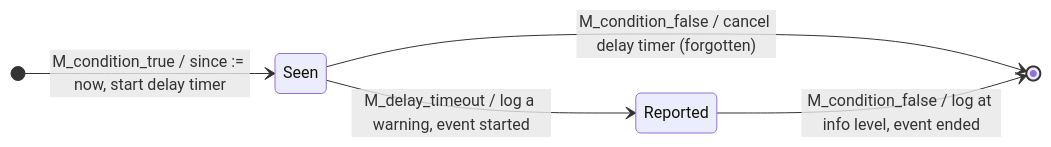
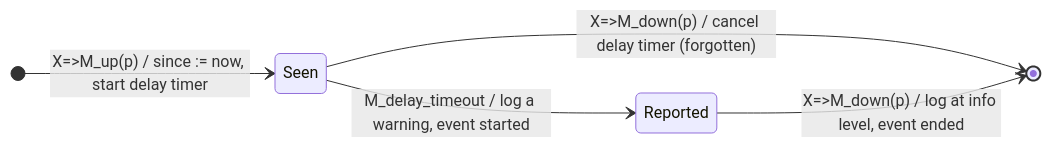
Diagram 13 of 21 in SPEC.md (marsoupilami25/adaptative-climate), drawn with Mermaid before and after one commit. The commit also changed other lines of this file, not shown here.

````diff
--- a/SPEC.md
+++ b/SPEC.md
@@ -2860,10 +2976,10 @@
 ```mermaid
 stateDiagram-v2
     direction LR
     state "Seen" as S
     state "Reported" as R
-    [*] --> S : M_condition_true / since := now, start delay timer
-    S --> [*] : M_condition_false / cancel delay timer (forgotten)
+    [*] --> S : X=>M_up(p) / since := now, start delay timer
+    S --> [*] : X=>M_down(p) / cancel delay timer (forgotten)
     S --> R : M_delay_timeout / log a warning, event started
-    R --> [*] : M_condition_false / log at info level, event ended
+    R --> [*] : X=>M_down(p) / log at info level, event ended
 ```
````
